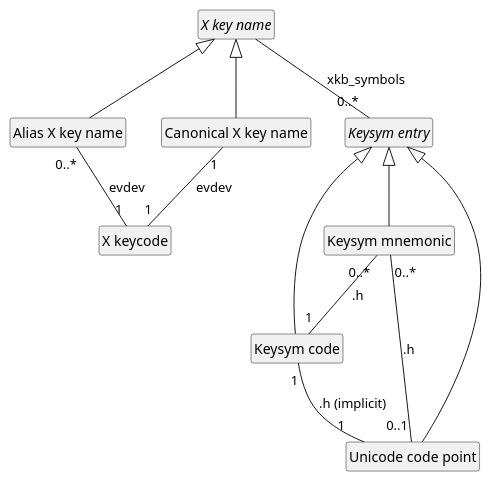
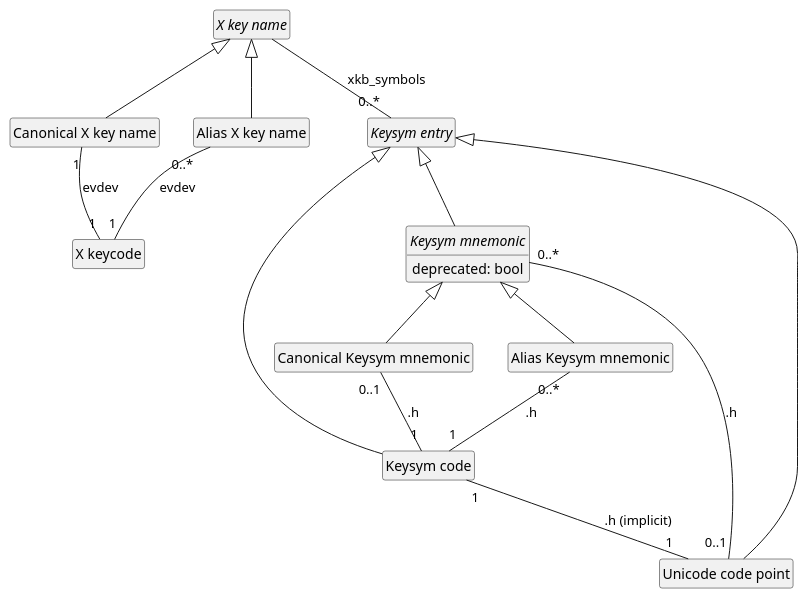
Before and after one commit to oliviercailloux/XKB-doc: the diagram in X mappings.wsd, drawn with PlantUML.

Commit message:
Distinguishkeysym mnemonics

```diff
--- a/X mappings.wsd
+++ b/X mappings.wsd
@@ -1,17 +1,25 @@
 @startuml
 hide empty members
 hide circle
 abstract class  "X key name"
 "X key name" <|-- "Alias X key name"
 "X key name" <|-- "Canonical X key name"
 "Alias X key name" "0..*" -- "1" "X keycode" : evdev 
 "Canonical X key name" "1" -- "1" "X keycode" : evdev 
+
+abstract class "Keysym entry"
 "X key name" -- "0..*" "Keysym entry" : xkb_symbols
-abstract class "Keysym entry"
+
+abstract class "Keysym mnemonic" {
+  deprecated: bool
+}
 "Keysym entry" <|-- "Keysym mnemonic"
 "Keysym entry" <|-- "Unicode code point"
 "Keysym entry" <|-- "Keysym code"
+"Keysym mnemonic" <|-- "Canonical Keysym mnemonic"
+"Keysym mnemonic" <|-- "Alias Keysym mnemonic"
 "Keysym mnemonic" "0..*" -- "0..1" "Unicode code point" : .h
-"Keysym mnemonic" "0..*" -- "1" "Keysym code" : .h
+"Canonical Keysym mnemonic" "0..1" -- "1" "Keysym code" : .h
+"Alias Keysym mnemonic" "0..*" -- "1" "Keysym code" : .h
 "Keysym code" "1" -- "1" "Unicode code point" : .h (implicit)
 @enduml
```
